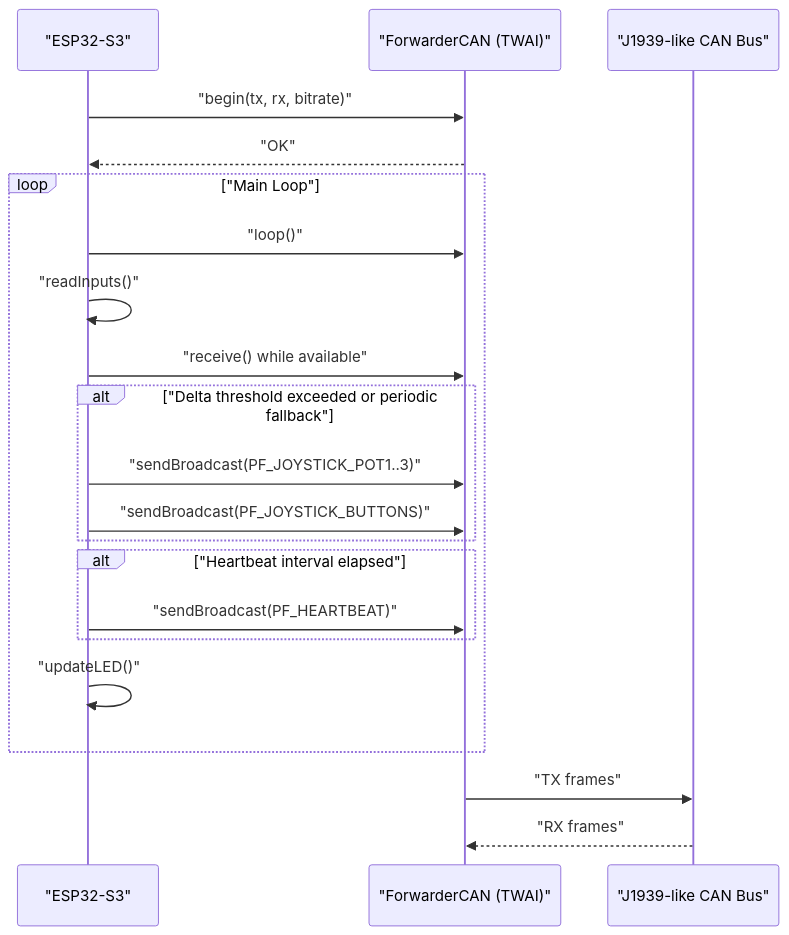
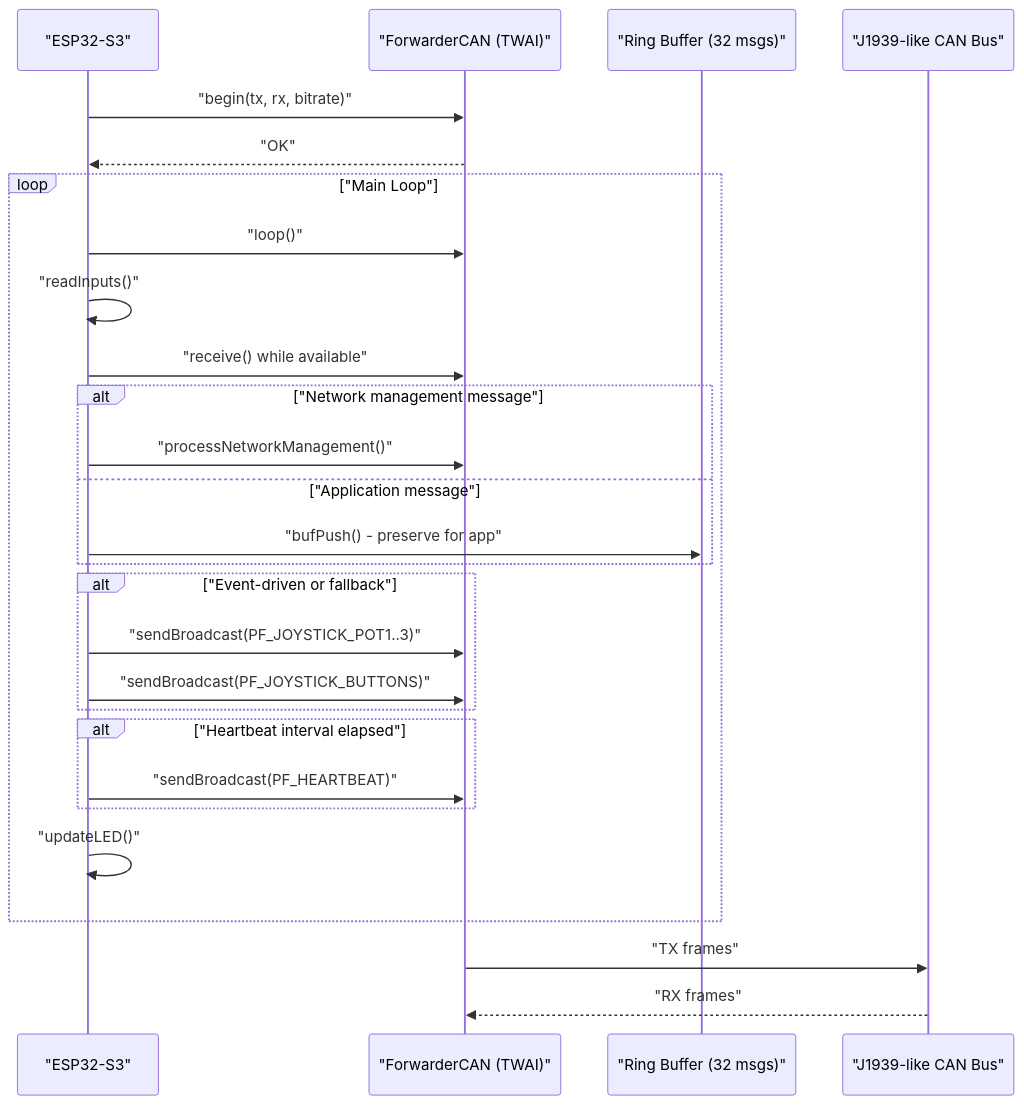
Before and after one commit to gunicsba/ESP_CAN_ECU_joystick_collection: the second of 5 diagrams in .qoder/repowiki/en/content/ECU Implementations/Joystick ECU/Real-time Data Transmission.md, drawn with Mermaid. The commit also changed other lines of this file and 11 other files, not shown here.

````diff
--- a/.qoder/repowiki/en/content/ECU Implementations/Joystick ECU/Real-time Data Transmission.md
+++ b/.qoder/repowiki/en/content/ECU Implementations/Joystick ECU/Real-time Data Transmission.md
@@ -89,23 +99,29 @@
 ```mermaid
 sequenceDiagram
 participant MCU as "ESP32-S3"
 participant CAN as "ForwarderCAN (TWAI)"
+participant RingBuf as "Ring Buffer (32 msgs)"
 participant Bus as "J1939-like CAN Bus"
 MCU->>CAN : "begin(tx, rx, bitrate)"
 CAN-->>MCU : "OK"
 loop "Main Loop"
 MCU->>CAN : "loop()"
 MCU->>MCU : "readInputs()"
 MCU->>CAN : "receive() while available"
-alt "Delta threshold exceeded or periodic fallback"
+alt "Network management message"
+MCU->>CAN : "processNetworkManagement()"
+else "Application message"
+MCU->>RingBuf : "bufPush() - preserve for app"
+end
+alt "Event-driven or fallback"
 MCU->>CAN : "sendBroadcast(PF_JOYSTICK_POT1..3)"
 MCU->>CAN : "sendBroadcast(PF_JOYSTICK_BUTTONS)"
 end
 alt "Heartbeat interval elapsed"
 MCU->>CAN : "sendBroadcast(PF_HEARTBEAT)"
 end
 MCU->>MCU : "updateLED()"
 end
 CAN->>Bus : "TX frames"
 Bus-->>CAN : "RX frames"
 ```
````
